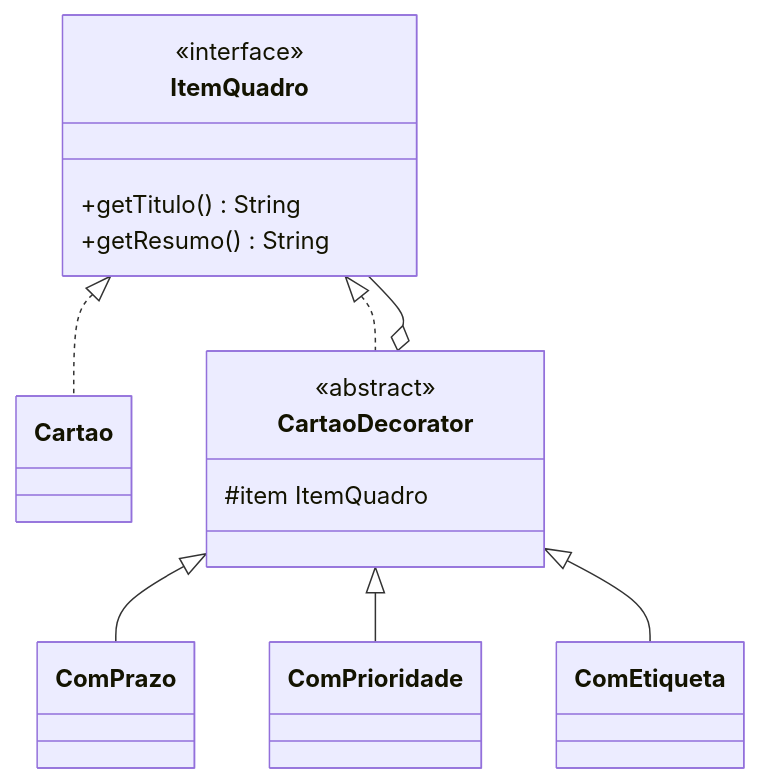
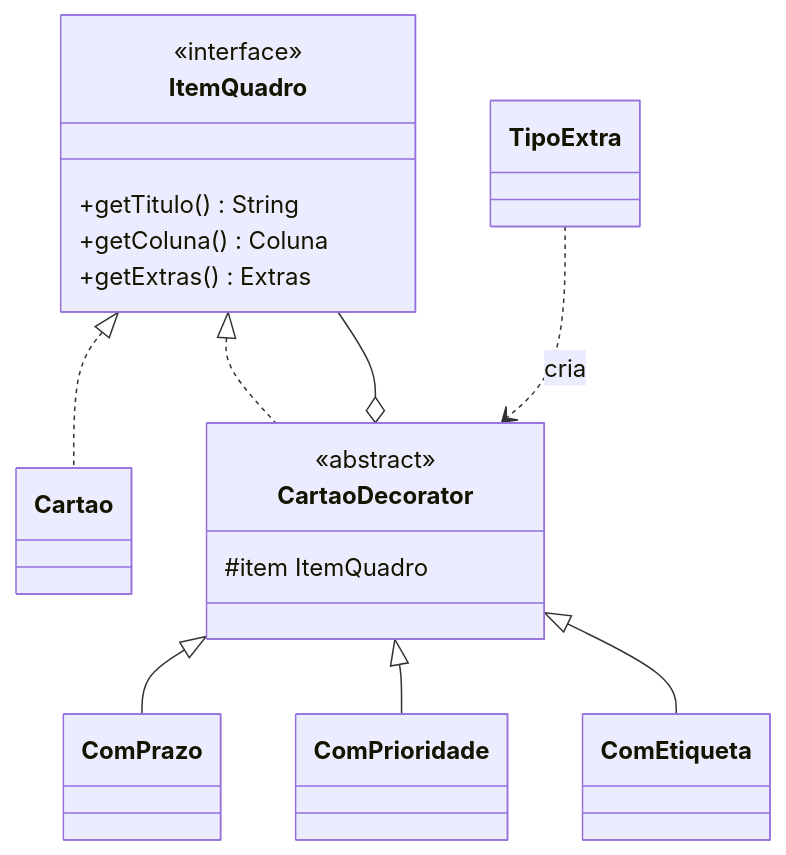
The second of 3 diagrams in docs/padroes.md (alana-britoc/gerenciador-kanban), drawn with Mermaid before and after one commit. The commit also changed other lines of this file and 1 other file, not shown here.

First line of the commit message:
docs: documentar o Decorator e o endpoint de extras

````diff
--- a/docs/padroes.md
+++ b/docs/padroes.md
@@ -30,18 +34,20 @@
 ```mermaid
 classDiagram
     class ItemQuadro {
         <<interface>>
         +getTitulo() String
-        +getResumo() String
+        +getColuna() Coluna
+        +getExtras() Extras
     }
     ItemQuadro <|.. Cartao
     ItemQuadro <|.. CartaoDecorator
     class CartaoDecorator {
         <<abstract>>
         #item ItemQuadro
     }
     CartaoDecorator o-- ItemQuadro
     CartaoDecorator <|-- ComPrazo
     CartaoDecorator <|-- ComPrioridade
     CartaoDecorator <|-- ComEtiqueta
+    TipoExtra ..> CartaoDecorator : cria
 ```
````
